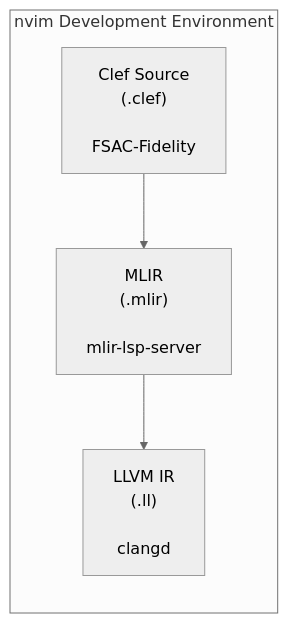
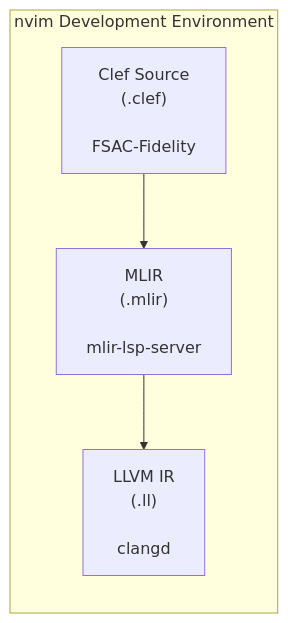
The second of 2 diagrams in hugo/content/docs/internals/tooling/clef-autocomplete-integration.md (FidelityFramework/clef-lang-site), drawn with Mermaid before and after one commit. The commit also changed other lines of this file and 20 other files, not shown here.

Commit message:
clear formatting of mermaid markup

````diff
--- a/hugo/content/docs/internals/tooling/clef-autocomplete-integration.md
+++ b/hugo/content/docs/internals/tooling/clef-autocomplete-integration.md
@@ -219,12 +218,11 @@
 ```mermaid
-%%{init: {'theme': 'neutral'} }%%
 graph LR
     subgraph "nvim Development Environment"
         FS["Clef Source<br/>(.clef)<br/><br/>FSAC-Fidelity"]
         MLIR["MLIR<br/>(.mlir)<br/><br/>mlir-lsp-server"]
         LLVM["LLVM IR<br/>(.ll)<br/><br/>clangd"]
     end
 
     FS --> MLIR
     MLIR --> LLVM
 ```
````
